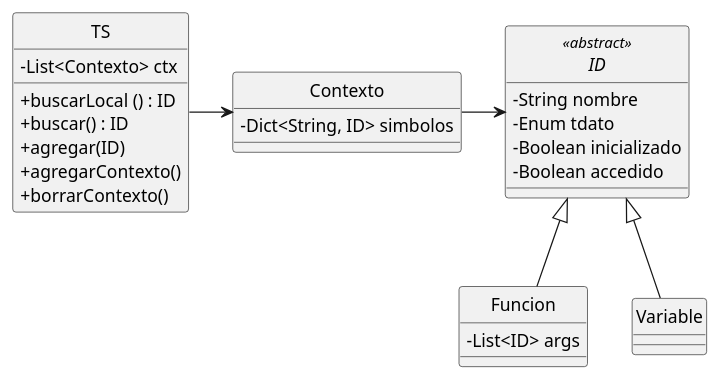
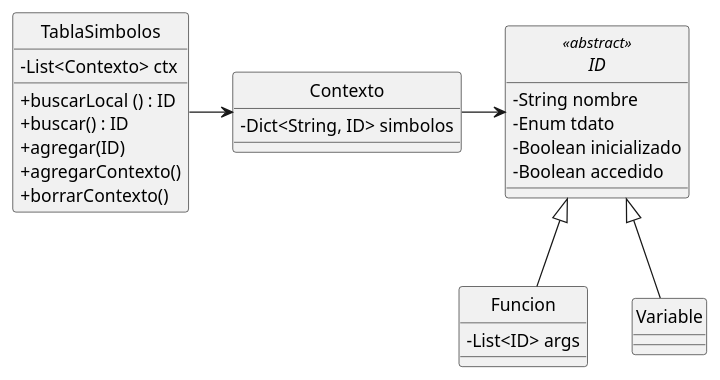
The diagram in TablaSimbolos.puml (agusclap/DHS_Proyecto), drawn with PlantUML before and after one commit. The commit also changed 16 other files, not shown here.

```diff
--- a/TablaSimbolos.puml
+++ b/TablaSimbolos.puml
@@ -1,39 +1,39 @@
 @startuml TablaSimbolos
 skinparam ClassAttributeIconSize 0
 hide circle
 
-class TS {
+class TablaSimbolos {
     - List<Contexto> ctx
     + buscarLocal () : ID
     + buscar() : ID
     + agregar(ID)
     + agregarContexto()
     + borrarContexto()
 }
 
 class Contexto {
     - Dict<String, ID> simbolos
 }
 
 
 abstract class ID <<abstract>> {
     - String nombre
     - Enum tdato 
     - Boolean inicializado
     - Boolean accedido
 }
 
 class Funcion {
     - List<ID> args
 }
 
 class Variable {
 
 }
 
-TS -> Contexto
+TablaSimbolos -> Contexto
 Contexto -> ID
 ID <|-- Funcion
 ID <|-- Variable
 
 @enduml
```
